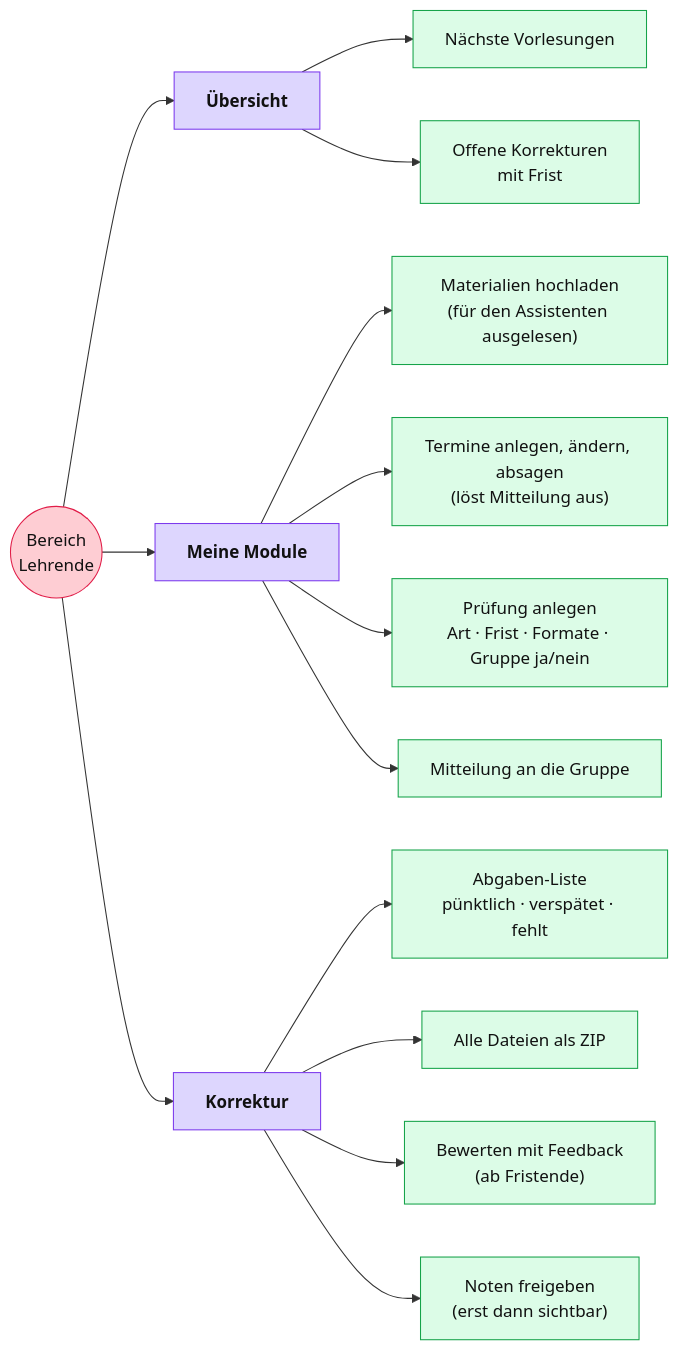
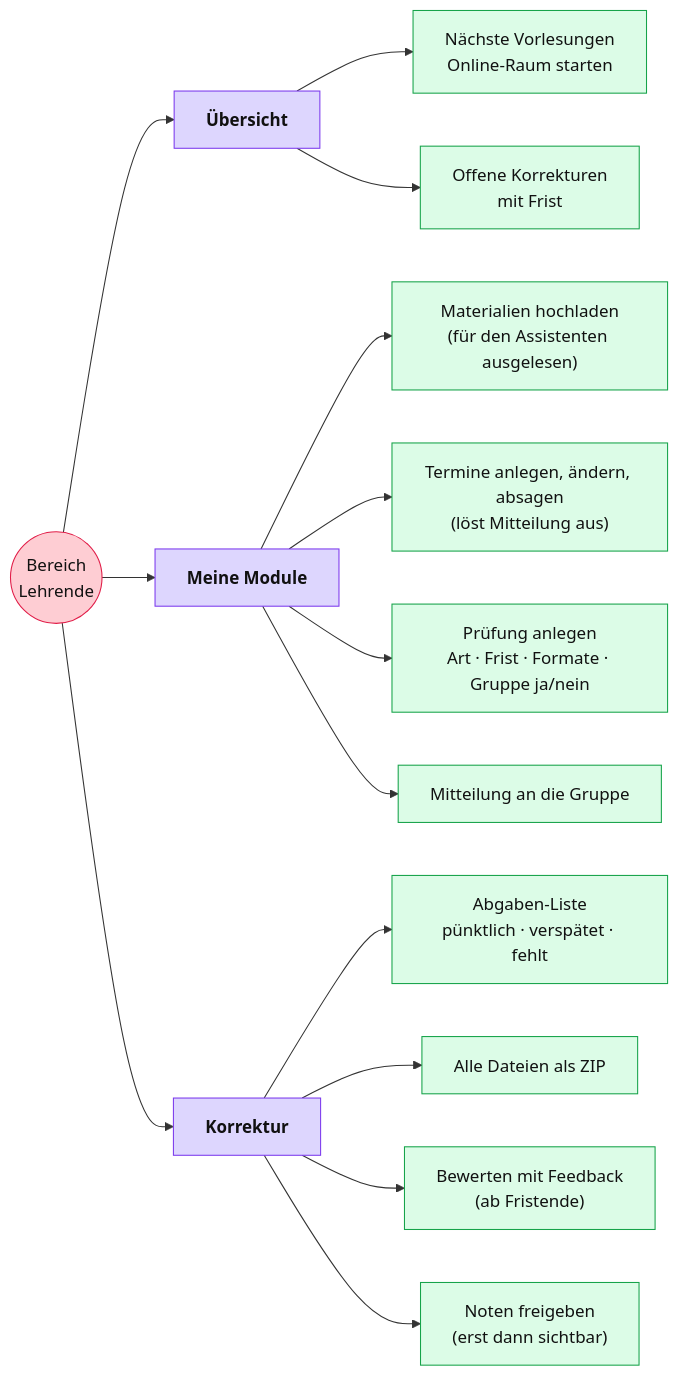
Before and after one commit to thimostender/Online-Campus: the diagram in sitemap-lehrende.mmd, drawn with Mermaid. The commit also changed 27 other files, not shown here.

```diff
--- a/sitemap-lehrende.mmd
+++ b/sitemap-lehrende.mmd
@@ -1,23 +1,23 @@
 flowchart LR
   L(("Bereich<br/>Lehrende"))
   L --> L1["Übersicht"]
-  L1 --> L1a["Nächste Vorlesungen"]
+  L1 --> L1a["Nächste Vorlesungen<br/>Online-Raum starten"]
   L1 --> L1b["Offene Korrekturen<br/>mit Frist"]
   L --> L2["Meine Module"]
   L2 --> L2a["Materialien hochladen<br/>(für den Assistenten ausgelesen)"]
   L2 --> L2b["Termine anlegen, ändern, absagen<br/>(löst Mitteilung aus)"]
   L2 --> L2c["Prüfung anlegen<br/>Art · Frist · Formate · Gruppe ja/nein"]
   L2 --> L2d["Mitteilung an die Gruppe"]
   L --> L3["Korrektur"]
   L3 --> L3a["Abgaben-Liste<br/>pünktlich · verspätet · fehlt"]
   L3 --> L3b["Alle Dateien als ZIP"]
   L3 --> L3c["Bewerten mit Feedback<br/>(ab Fristende)"]
   L3 --> L3d["Noten freigeben<br/>(erst dann sichtbar)"]
 
 
   classDef root fill:#fecdd3,stroke:#e11d48,color:#111
   classDef main fill:#ddd6fe,stroke:#7c3aed,color:#111,font-weight:bold
   classDef fn fill:#dcfce7,stroke:#16a34a,color:#111
   class L root
   class L1,L2,L3 main
   class L1a,L1b,L2a,L2b,L2c,L2d,L3a,L3b,L3c,L3d fn
```
